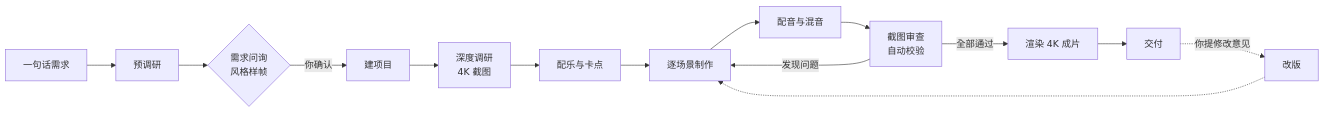
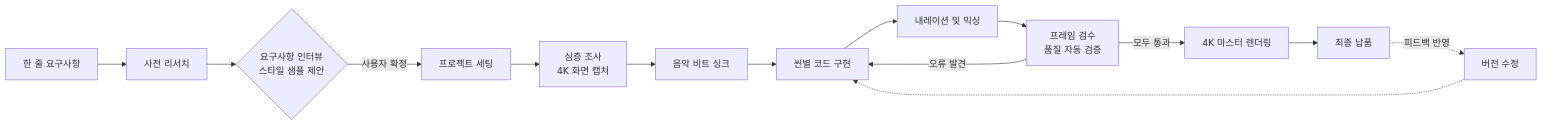
One commit to xordlxordl/ai-promo-video-maker changed the diagram in README.md. Above: the diagram before and after it, drawn with Mermaid. The commit also changed other lines of this file and 30 other files, not shown here.

````diff
--- a/README.md
+++ b/README.md
@@ -154,16 +149,16 @@
 ```mermaid
 flowchart LR
-    A[一句话需求] --> B[预调研]
-    B --> C{需求问询<br/>风格样帧}
-    C -->|你确认| D[建项目]
-    D --> E[深度调研<br/>4K 截图]
-    E --> F[配乐与卡点]
-    F --> G[逐场景制作]
-    G --> H[配音与混音]
-    H --> I[截图审查<br/>自动校验]
-    I -->|发现问题| G
-    I -->|全部通过| J[渲染 4K 成片]
-    J --> K[交付]
-    K -.->|你提修改意见| L[改版]
+    A[한 줄 요구사항] --> B[사전 리서치]
+    B --> C{요구사항 인터뷰<br/>스타일 샘플 제안}
+    C -->|사용자 확정| D[프로젝트 세팅]
+    D --> E[심층 조사<br/>4K 화면 캡처]
+    E --> F[음악 비트 싱크]
+    F --> G[씬별 코드 구현]
+    G --> H[내레이션 및 믹싱]
+    H --> I[프레임 검수<br/>품질 자동 검증]
+    I -->|오류 발견| G
+    I -->|모두 통과| J[4K 마스터 렌더링]
+    J --> K[최종 납품]
+    K -.->|피드백 반영| L[버전 수정]
     L -.-> G
 ```
````
